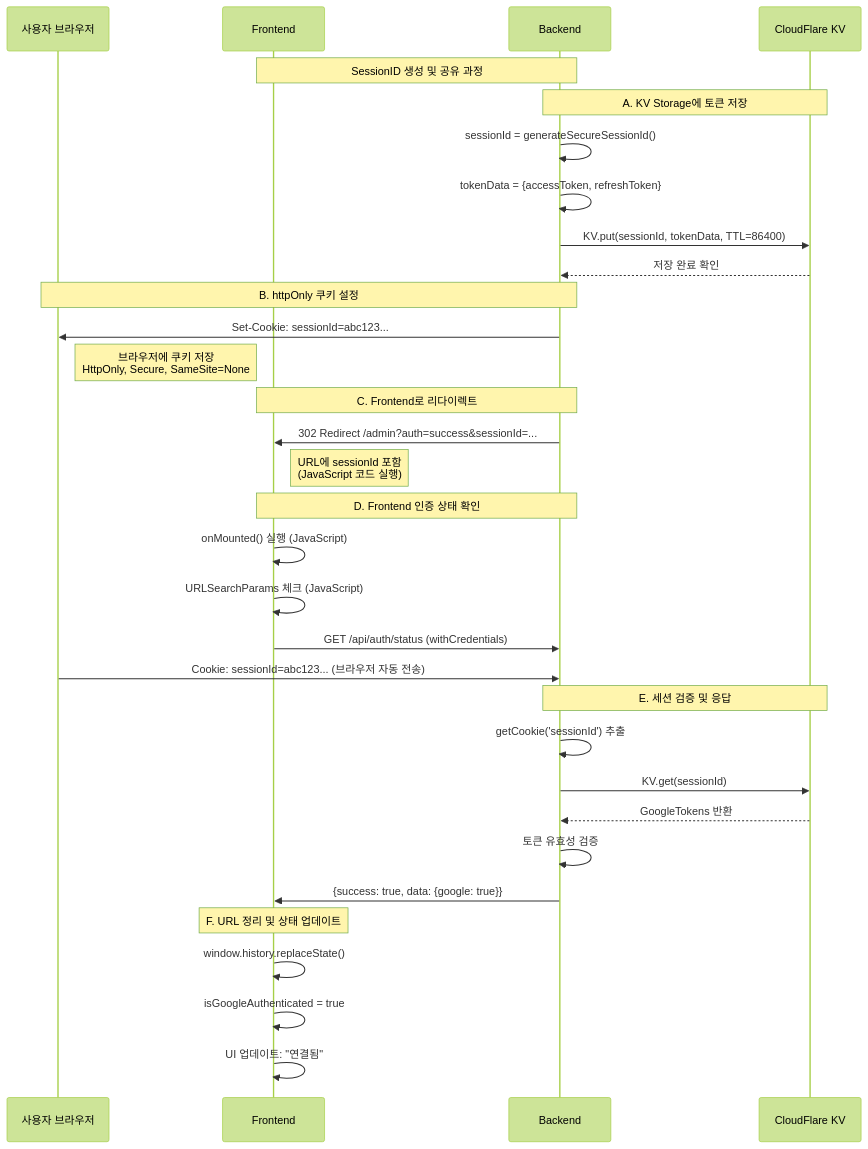
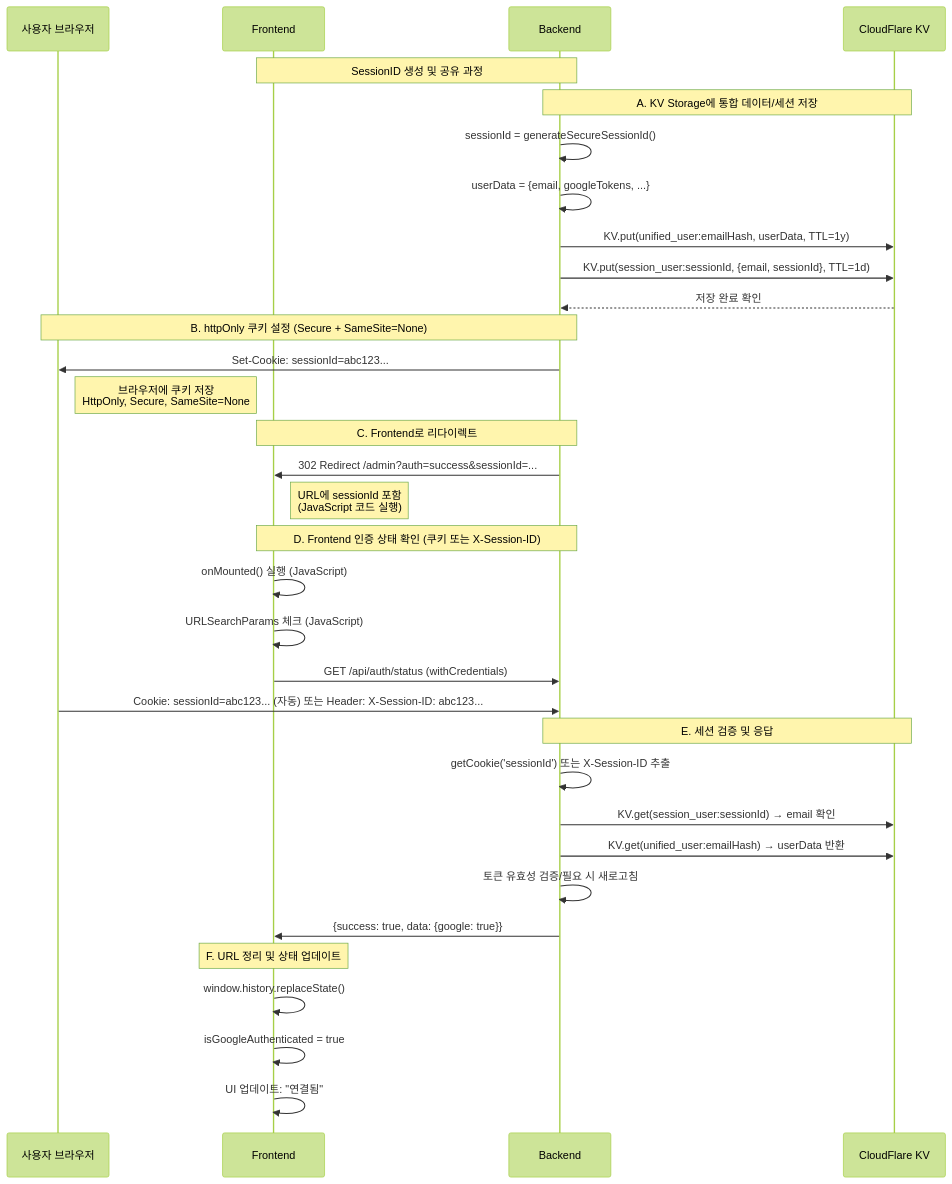
Before and after one commit to coreanq/deliver_mgmt: the second of 3 diagrams in google_auth2_flow.md, drawn with Mermaid (forest theme). The commit also changed other lines of this file and 1 other file, not shown here.

````diff
--- a/google_auth2_flow.md
+++ b/google_auth2_flow.md
@@ -166,41 +194,42 @@
 ```mermaid
 sequenceDiagram
     participant U as 사용자 브라우저
     participant F as Frontend
     participant B as Backend
     participant KV as CloudFlare KV
 
     Note over B,F: SessionID 생성 및 공유 과정
     
-    Note over B,KV: A. KV Storage에 토큰 저장
+    Note over B,KV: A. KV Storage에 통합 데이터/세션 저장
     B->>B: sessionId = generateSecureSessionId()
-    B->>B: tokenData = {accessToken, refreshToken}
-    B->>KV: KV.put(sessionId, tokenData, TTL=86400)
+    B->>B: userData = {email, googleTokens, ...}
+    B->>KV: KV.put(unified_user:emailHash, userData, TTL=1y)
+    B->>KV: KV.put(session_user:sessionId, {email, sessionId}, TTL=1d)
     KV-->>B: 저장 완료 확인
     
-    Note over B,U: B. httpOnly 쿠키 설정
+    Note over B,U: B. httpOnly 쿠키 설정 (Secure + SameSite=None)
     B->>U: Set-Cookie: sessionId=abc123...
     Note right of U: 브라우저에 쿠키 저장<br/>HttpOnly, Secure, SameSite=None
     
     Note over B,F: C. Frontend로 리다이렉트
     B->>F: 302 Redirect /admin?auth=success&sessionId=...
     Note right of F: URL에 sessionId 포함<br/>(JavaScript 코드 실행)
     
-    Note over F,B: D. Frontend 인증 상태 확인
+    Note over F,B: D. Frontend 인증 상태 확인 (쿠키 또는 X-Session-ID)
     F->>F: onMounted() 실행 (JavaScript)
     F->>F: URLSearchParams 체크 (JavaScript)
     F->>B: GET /api/auth/status (withCredentials)
-    U->>B: Cookie: sessionId=abc123... (브라우저 자동 전송)
+    U->>B: Cookie: sessionId=abc123... (자동) 또는 Header: X-Session-ID: abc123...
     
     Note over B,KV: E. 세션 검증 및 응답
-    B->>B: getCookie('sessionId') 추출
-    B->>KV: KV.get(sessionId)
-    KV-->>B: GoogleTokens 반환
-    B->>B: 토큰 유효성 검증
+    B->>B: getCookie('sessionId') 또는 X-Session-ID 추출
+    B->>KV: KV.get(session_user:sessionId) → email 확인
+    B->>KV: KV.get(unified_user:emailHash) → userData 반환
+    B->>B: 토큰 유효성 검증/필요 시 새로고침
     B->>F: {success: true, data: {google: true}}
     
     Note over F,F: F. URL 정리 및 상태 업데이트
     F->>F: window.history.replaceState()
     F->>F: isGoogleAuthenticated = true
     F->>F: UI 업데이트: "연결됨"
 ```
````
